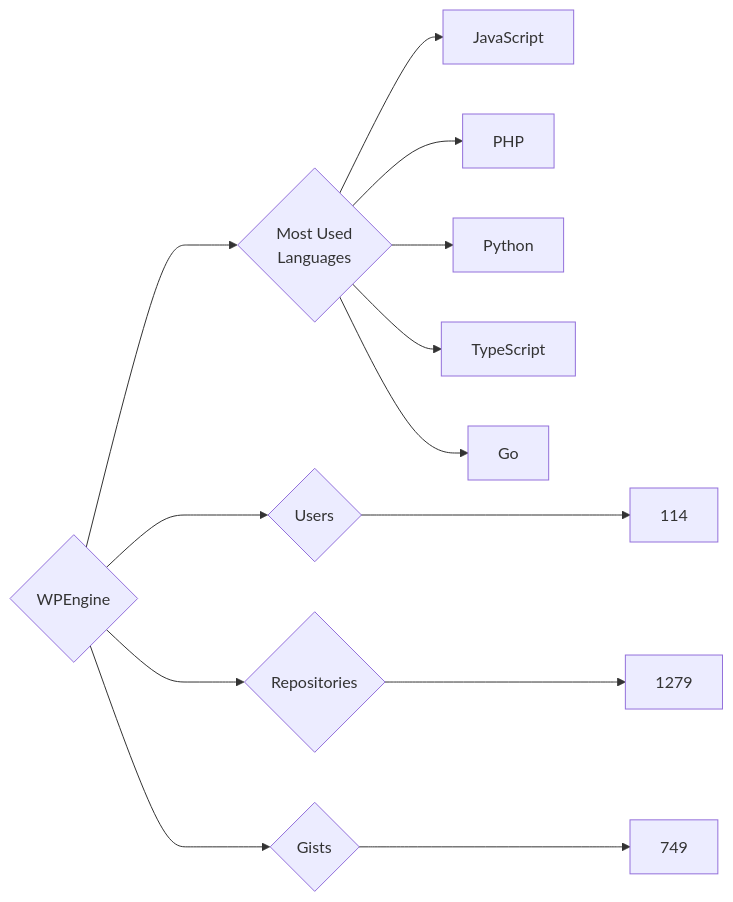
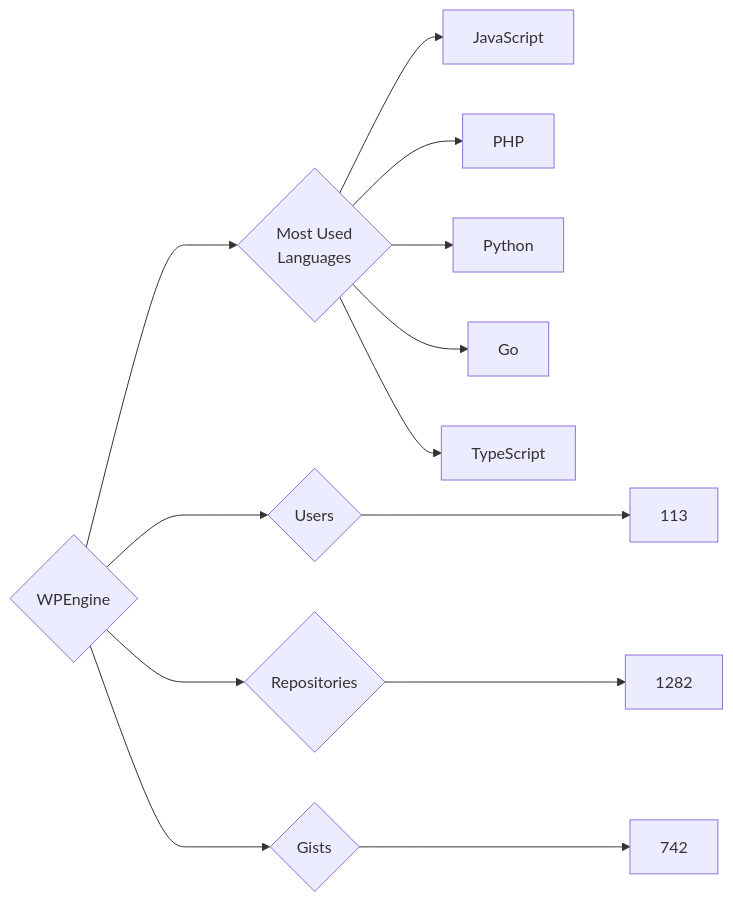
One commit to trickest/insiders changed the diagram in targets/WPEngine/README.md. Above: the diagram before and after it, drawn with Mermaid. The commit also changed 835 other files, not shown here.

````diff
--- a/targets/WPEngine/README.md
+++ b/targets/WPEngine/README.md
@@ -3,13 +3,13 @@
 ```mermaid
 graph LR
 COMPANY_NAME{WPEngine}
-COMPANY_NAME ---> U{Users} ---> UN[114]
-COMPANY_NAME ---> R{Repositories} ---> RN[1279]
-COMPANY_NAME ---> G{Gists} ---> GN[749]
+COMPANY_NAME ---> U{Users} ---> UN[113]
+COMPANY_NAME ---> R{Repositories} ---> RN[1282]
+COMPANY_NAME ---> G{Gists} ---> GN[742]
 COMPANY_NAME ---> ML{Most Used<br>Languages}
 ML --> JavaScript[JavaScript]
 ML --> PHP[PHP]
 ML --> Python[Python]
+ML --> Go[Go]
 ML --> TypeScript[TypeScript]
-ML --> Go[Go]
 ```
````
